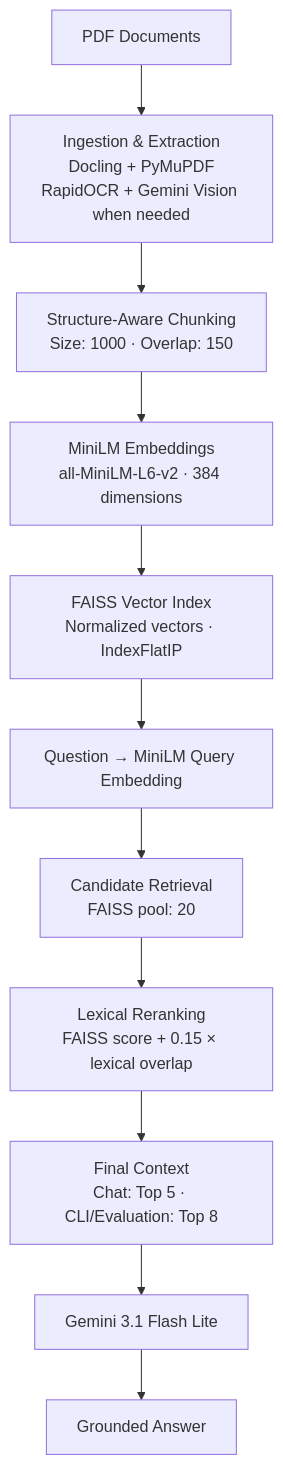
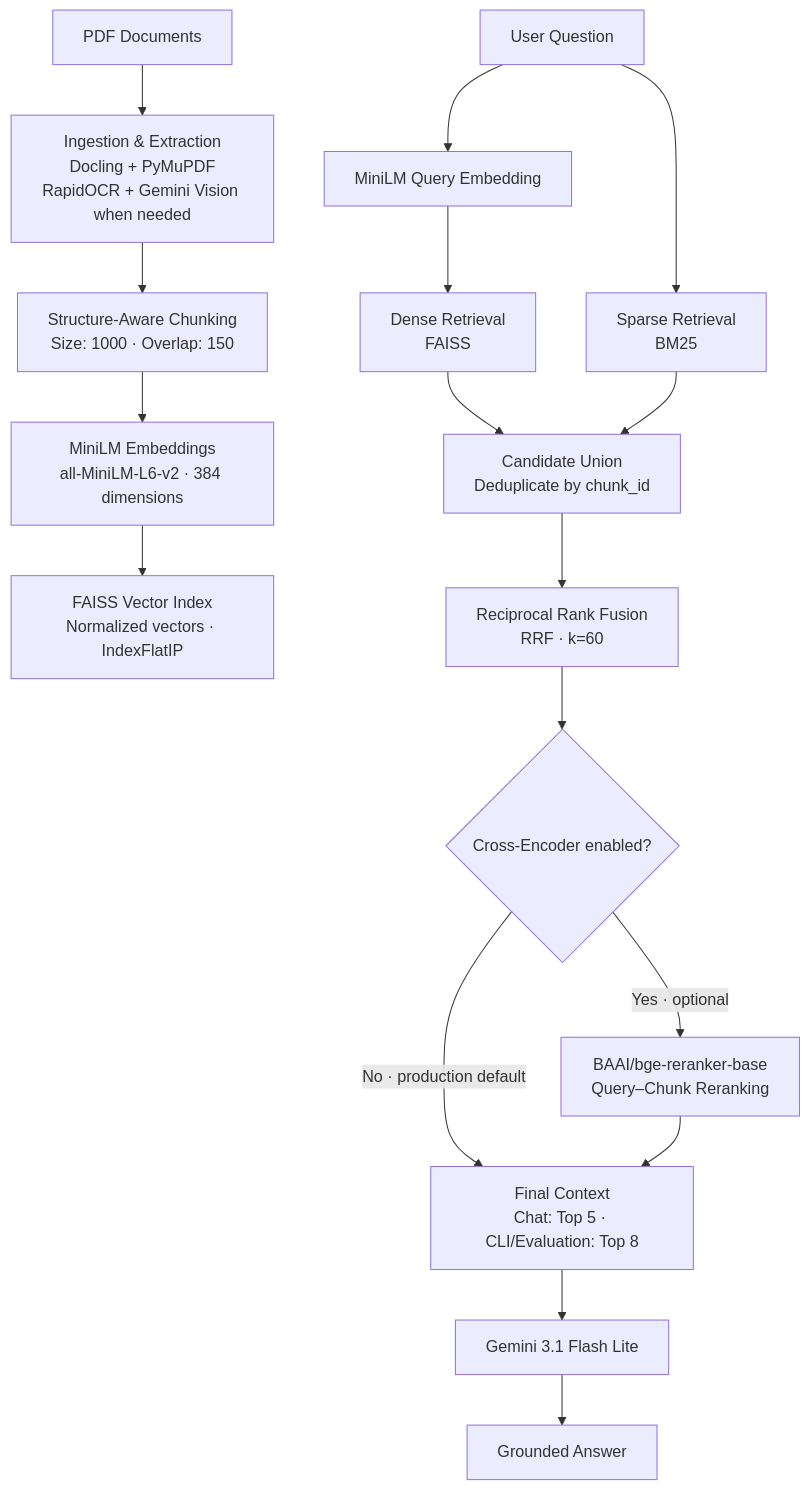
One commit to Cosmos-Krishna/multimodal-rag changed the first of 5 diagrams in README.md. Above: the diagram before and after it, drawn with Mermaid. The commit also changed other lines of this file, not shown here.

First line of the commit message:
Update README with retrieval and evaluation details

````diff
--- a/README.md
+++ b/README.md
@@ -49,13 +58,20 @@
 ``` mermaid
 flowchart TD
     A["PDF Documents"] --> B["Ingestion & Extraction<br/>Docling + PyMuPDF<br/>RapidOCR + Gemini Vision when needed"]
     B --> C["Structure-Aware Chunking<br/>Size: 1000 · Overlap: 150"]
     C --> D["MiniLM Embeddings<br/>all-MiniLM-L6-v2 · 384 dimensions"]
     D --> E["FAISS Vector Index<br/>Normalized vectors · IndexFlatIP"]
-    E --> F["Question → MiniLM Query Embedding"]
-    F --> G["Candidate Retrieval<br/>FAISS pool: 20"]
-    G --> H["Lexical Reranking<br/>FAISS score + 0.15 × lexical overlap"]
-    H --> I["Final Context<br/>Chat: Top 5 · CLI/Evaluation: Top 8"]
+
+    Q["User Question"] --> QE["MiniLM Query Embedding"]
+    QE --> F["Dense Retrieval<br/>FAISS"]
+    Q --> S["Sparse Retrieval<br/>BM25"]
+    F --> U["Candidate Union<br/>Deduplicate by chunk_id"]
+    S --> U
+    U --> R["Reciprocal Rank Fusion<br/>RRF · k=60"]
+    R --> CE{"Cross-Encoder enabled?"}
+    CE -->|"No · production default"| I["Final Context<br/>Chat: Top 5 · CLI/Evaluation: Top 8"]
+    CE -->|"Yes · optional"| X["BAAI/bge-reranker-base<br/>Query–Chunk Reranking"]
+    X --> I
     I --> J["Gemini 3.1 Flash Lite"]
     J --> K["Grounded Answer"]
 ```
````
